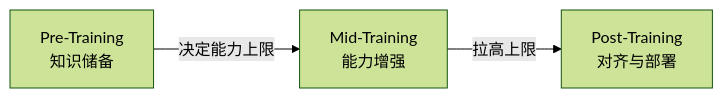
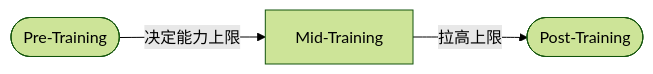
Before and after one commit to XavierZhang2002/agentic-rl-analysis: the second of 2 diagrams in docs/post-training/ch1/1.1-training-landscape.md, drawn with Mermaid (forest theme). The commit also changed other lines of this file and 12 other files, not shown here.

First line of the commit message:
refactor: 全站 Mermaid 图表结构优化 (13 文件 23 图)

````diff
--- a/docs/post-training/ch1/1.1-training-landscape.md
+++ b/docs/post-training/ch1/1.1-training-landscape.md
@@ -102,5 +100,5 @@
 ```mermaid
 flowchart LR
-    A["Pre-Training\n知识储备"] -->|"决定能力上限"| B["Mid-Training\n能力增强"]
-    B -->|"拉高上限"| C["Post-Training\n对齐与部署"]
+    PreT([Pre-Training]) -->|决定能力上限| MidT[Mid-Training]
+    MidT -->|拉高上限| PostT([Post-Training])
 ```
````
